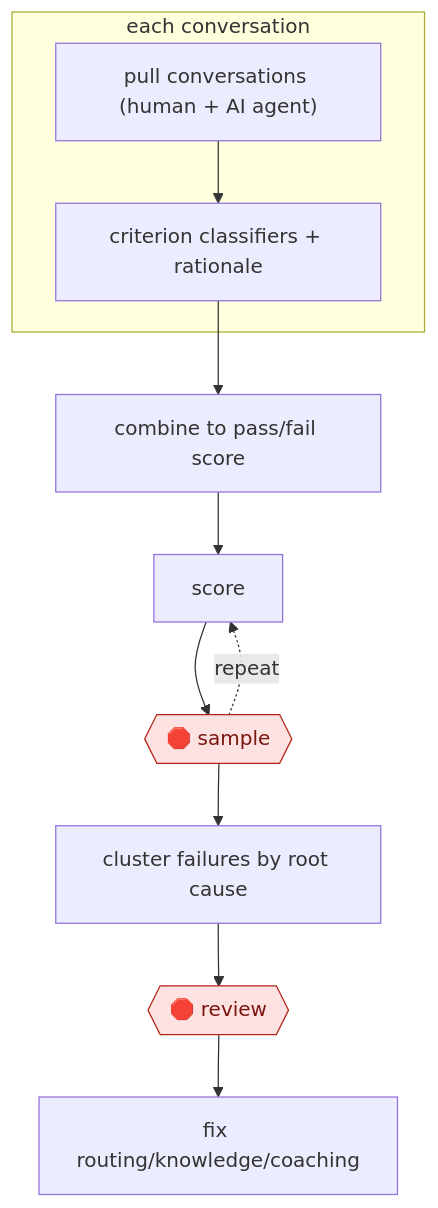
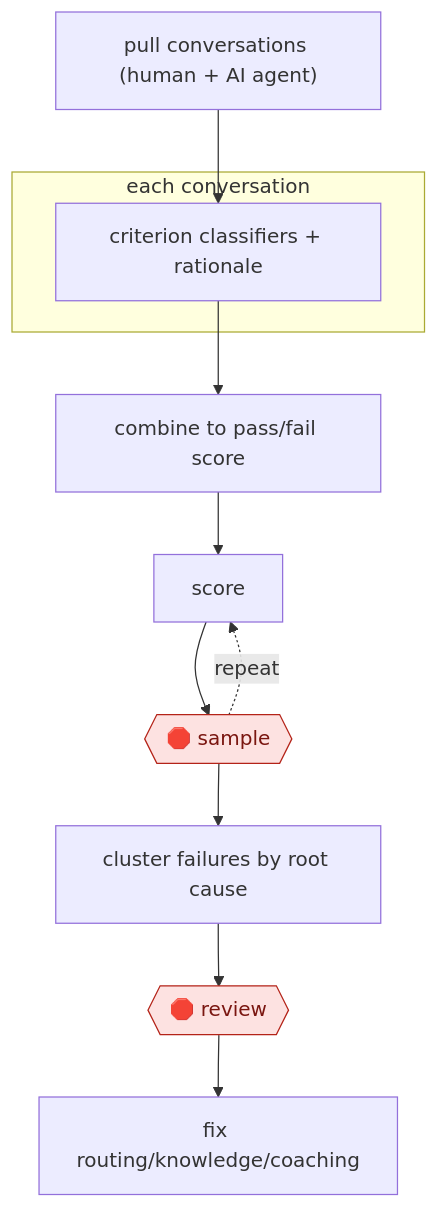
The diagram in workflows/COM/CSX/QA/calibrated-conversation-scoring/README.md (milesradford99/agent-workflow-atlas), drawn with Mermaid before and after one commit. The commit also changed other lines of this file and 171 other files, not shown here.

````diff
--- a/workflows/COM/CSX/QA/calibrated-conversation-scoring/README.md
+++ b/workflows/COM/CSX/QA/calibrated-conversation-scoring/README.md
@@ -31,22 +31,22 @@
 ```mermaid
 flowchart TD
   n1["pull conversations (human + AI agent)"]
   subgraph s2["each conversation"]
   n3["criterion classifiers + rationale"]
-  n1 --> n3
   end
   n4["combine to pass/fail score"]
+  n5["score"]
+  n6{{"🛑 sample"}}:::stop
+  n7["cluster failures by root cause"]
+  n8{{"🛑 review"}}:::stop
+  n9["fix routing/knowledge/coaching"]
+  n1 --> n3
   n3 --> n4
-  n5["score"]
   n4 --> n5
-  n6{{"🛑 sample"}}:::stop
   n5 --> n6
   n6 -.->|repeat| n5
-  n7["cluster failures by root cause"]
   n6 --> n7
-  n8{{"🛑 review"}}:::stop
   n7 --> n8
-  n9["fix routing/knowledge/coaching"]
   n8 --> n9
   classDef stop fill:#fde2e1,stroke:#b42318,color:#7a1610
 ```
````
